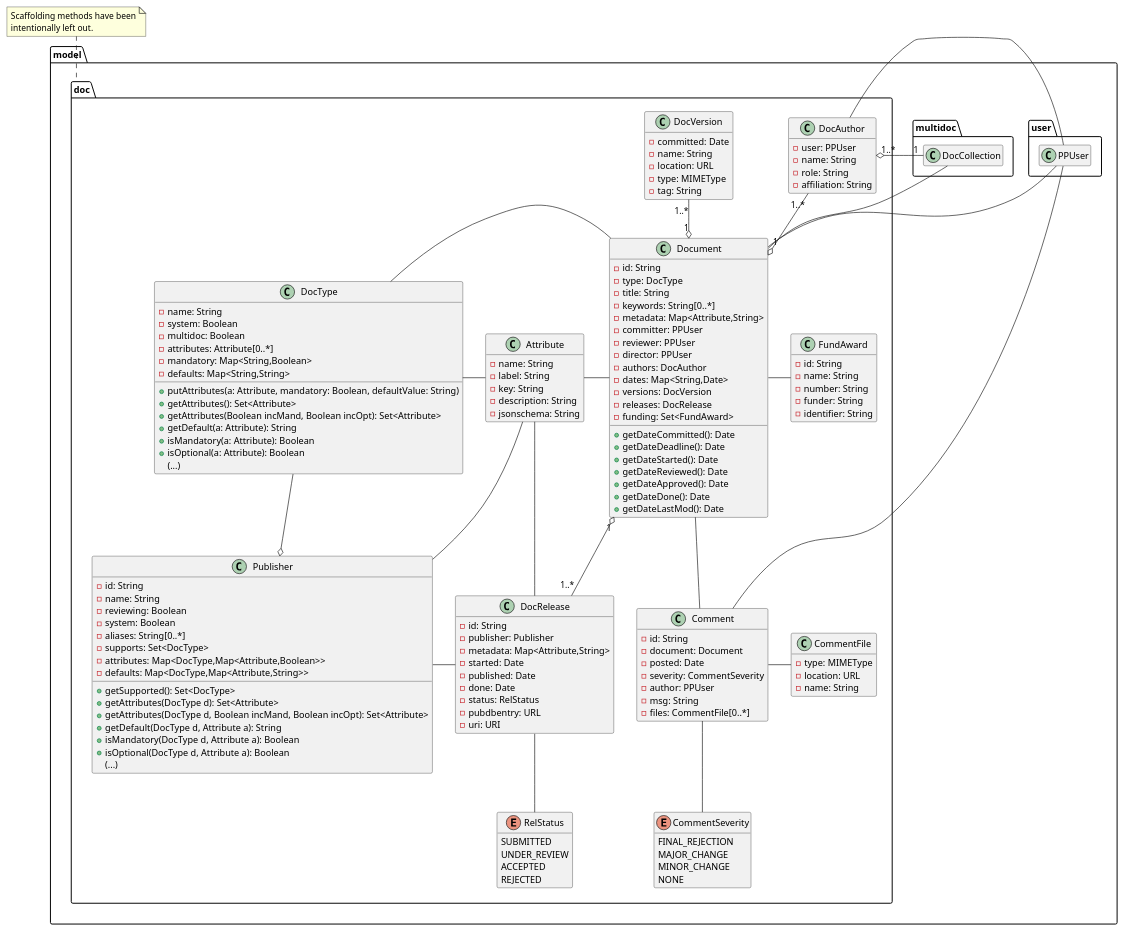
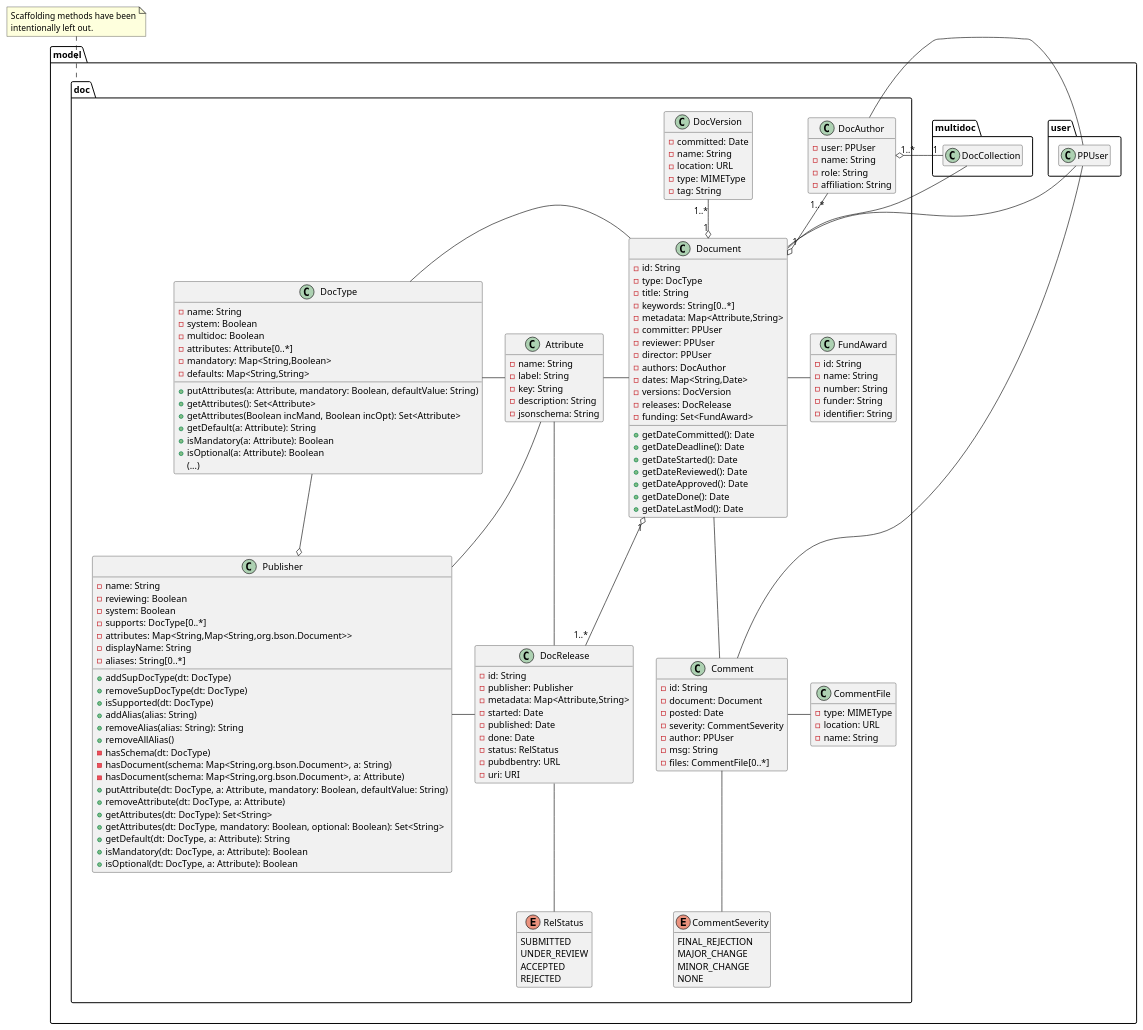
The diagram in doc/uml/model/doc.md (peerpub/peerpub), drawn with PlantUML before and after one commit. The commit also changed 2 other files, not shown here.

Commit message:
Add model.doc.Publisher with unit tests and updated UML.

```diff
--- a/doc/uml/model/doc.md
+++ b/doc/uml/model/doc.md
@@ -135,22 +135,30 @@
   DocType --o Publisher
   Attribute -- Publisher
   class Publisher {
-    -id: String
     -name: String
     -reviewing: Boolean
     -system: Boolean
+    -supports: DocType[0..*]
+    -attributes: Map<String,Map<String,org.bson.Document>>
+    -displayName: String
     -aliases: String[0..*]
-    -supports: Set<DocType>
-    -attributes: Map<DocType,Map<Attribute,Boolean>>
-    -defaults: Map<DocType,Map<Attribute,String>>
 
-    +getSupported(): Set<DocType>
-    +getAttributes(DocType d): Set<Attribute>
-    +getAttributes(DocType d, Boolean incMand, Boolean incOpt): Set<Attribute>
-    +getDefault(DocType d, Attribute a): String
-    +isMandatory(DocType d, Attribute a): Boolean
-    +isOptional(DocType d, Attribute a): Boolean
-    (...)
+    +addSupDocType(dt: DocType)
+    +removeSupDocType(dt: DocType)
+    +isSupported(dt: DocType)
+    +addAlias(alias: String)
+    +removeAlias(alias: String): String
+    +removeAllAlias()
+    -hasSchema(dt: DocType)
+    -hasDocument(schema: Map<String,org.bson.Document>, a: String)
+    -hasDocument(schema: Map<String,org.bson.Document>, a: Attribute)
+    +putAttribute(dt: DocType, a: Attribute, mandatory: Boolean, defaultValue: String)
+    +removeAttribute(dt: DocType, a: Attribute)
+    +getAttributes(dt: DocType): Set<String>
+    +getAttributes(dt: DocType, mandatory: Boolean, optional: Boolean): Set<String>
+    +getDefault(dt: DocType, a: Attribute): String
+    +isMandatory(dt: DocType, a: Attribute): Boolean
+    +isOptional(dt: DocType, a: Attribute): Boolean
   }
 
   Document - FundAward
```
